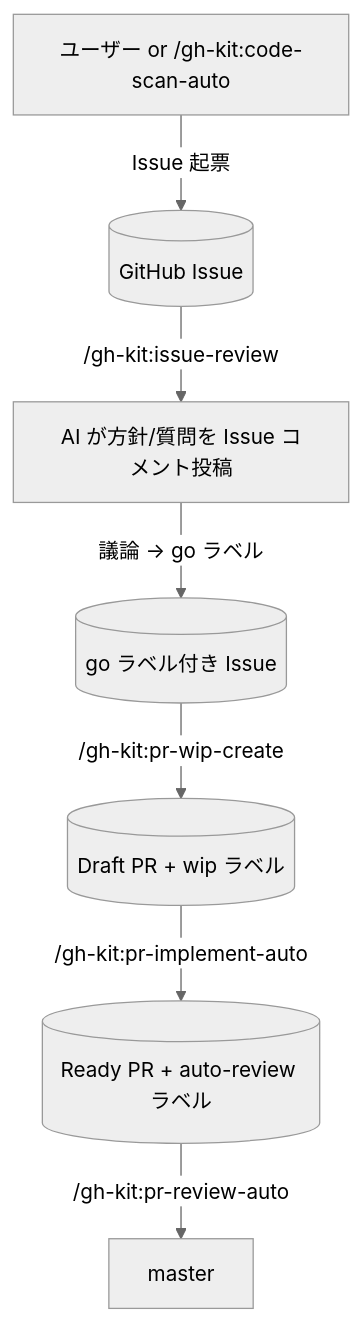
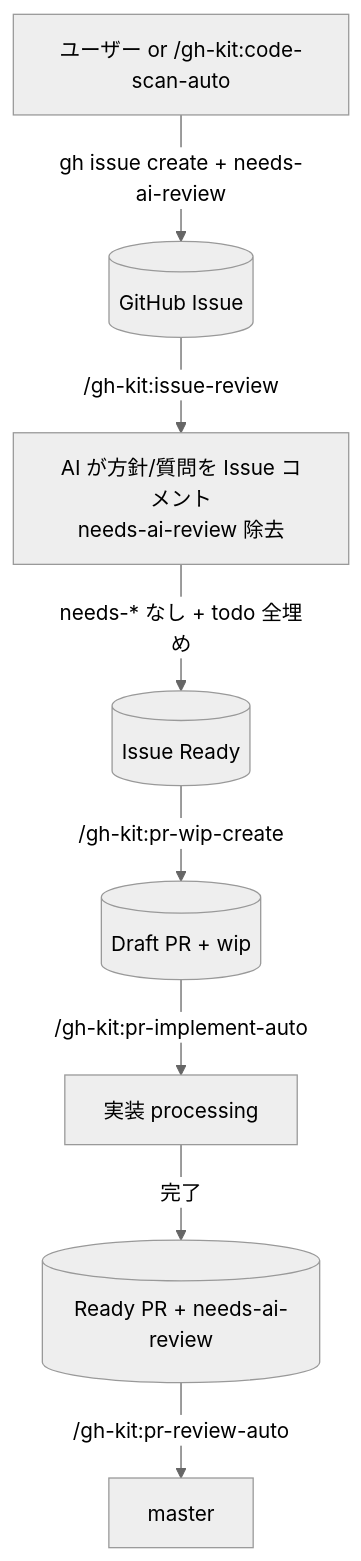
One commit to shuhei1101/my-plugins changed the diagram in plugins/gh-kit/CLAUDE.md. Above: the diagram before and after it, drawn with Mermaid (neutral theme). The commit also changed other lines of this file and 17 other files, not shown here.

````diff
--- a/plugins/gh-kit/CLAUDE.md
+++ b/plugins/gh-kit/CLAUDE.md
@@ -8,9 +9,10 @@
 ```mermaid
 flowchart TD
-  U[ユーザー or /gh-kit:code-scan-auto] -->|Issue 起票| Issue[(GitHub Issue)]
-  Issue -->|/gh-kit:issue-review| Review[AI が方針/質問を Issue コメント投稿]
-  Review -->|議論 → go ラベル| Go[(go ラベル付き Issue)]
-  Go -->|/gh-kit:pr-wip-create| WIP[(Draft PR + wip ラベル)]
-  WIP -->|/gh-kit:pr-implement-auto| Ready[(Ready PR + auto-review ラベル)]
-  Ready -->|/gh-kit:pr-review-auto| Master[master]
+  U[ユーザー or /gh-kit:code-scan-auto] -->|gh issue create + needs-ai-review| Issue[(GitHub Issue)]
+  Issue -->|/gh-kit:issue-review| Review[AI が方針/質問を Issue コメント<br>needs-ai-review 除去]
+  Review -->|needs-* なし + todo 全埋め| Ready[(Issue Ready)]
+  Ready -->|/gh-kit:pr-wip-create| WIP[(Draft PR + wip)]
+  WIP -->|/gh-kit:pr-implement-auto| Implementing[実装 processing]
+  Implementing -->|完了| NAR[(Ready PR + needs-ai-review)]
+  NAR -->|/gh-kit:pr-review-auto| Merged[master]
 ```
````
